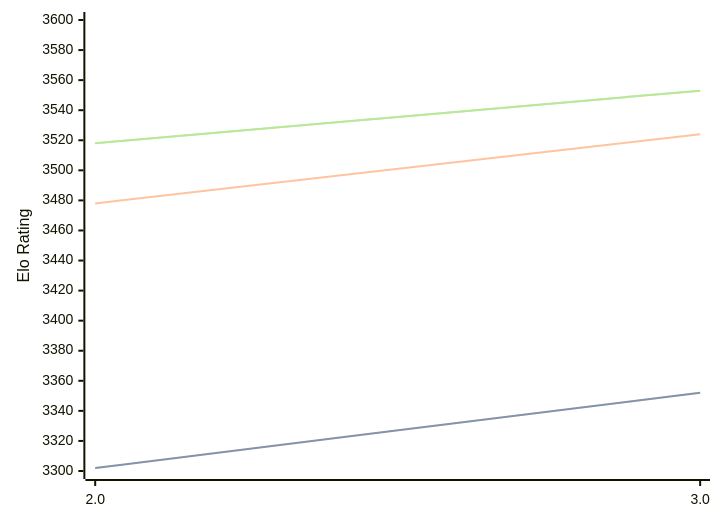
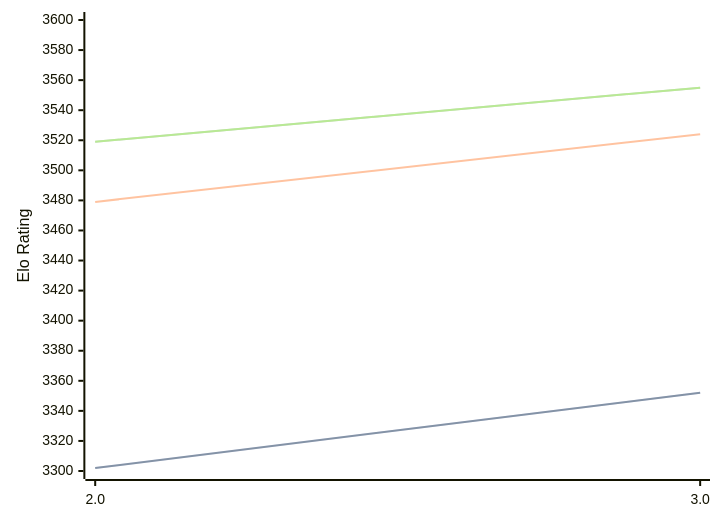
The diagram in engines/Quanticade.md (computer-chess-index/cci), drawn with Mermaid before and after one commit. The commit also changed other lines of this file, not shown here.

Commit message:
Update CCI Ratings (ELO VLTC) - 2026-09-16

````diff
--- a/engines/Quanticade.md
+++ b/engines/Quanticade.md
@@ -32,11 +32,11 @@
 ```mermaid
 %%{init: {"theme":"base","themeVariables":{"seriesColors:['#a3a3a3','#222221','#faa371']}}}%%
 xychart-beta
   x-axis ["2.0", "3.0"]
   y-axis "Elo Rating" 3300 --> 3600
   line "" [3302, 3352]
   line "STC (8.0+0.08s)" [3302, 3352]
-  line "LTC (60.0+0.60s)" [3478, 3524]
-  line "" [3518, 3553]
-  line "VLTC (2m24s+1.12s)" [3518, 3553]
+  line "LTC (60.0+0.60s)" [3479, 3524]
+  line "" [3519, 3555]
+  line "VLTC (2m24s+1.12s)" [3519, 3555]
 ```
````
